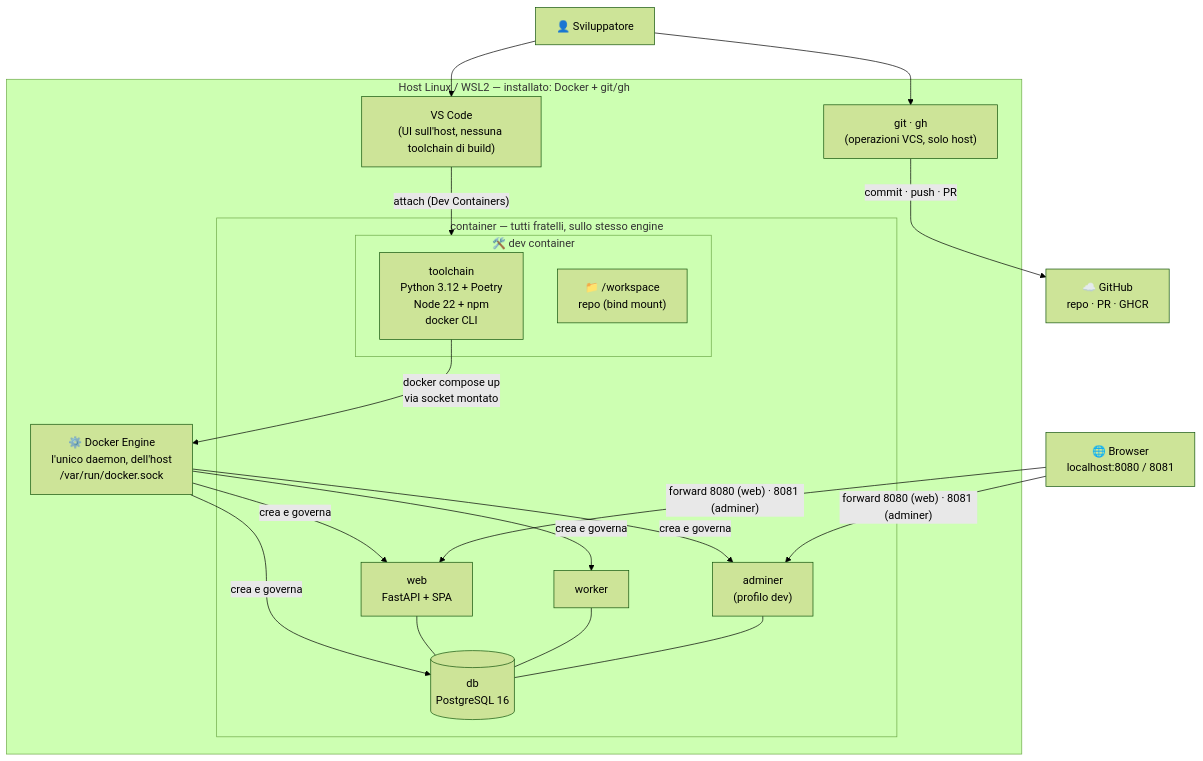
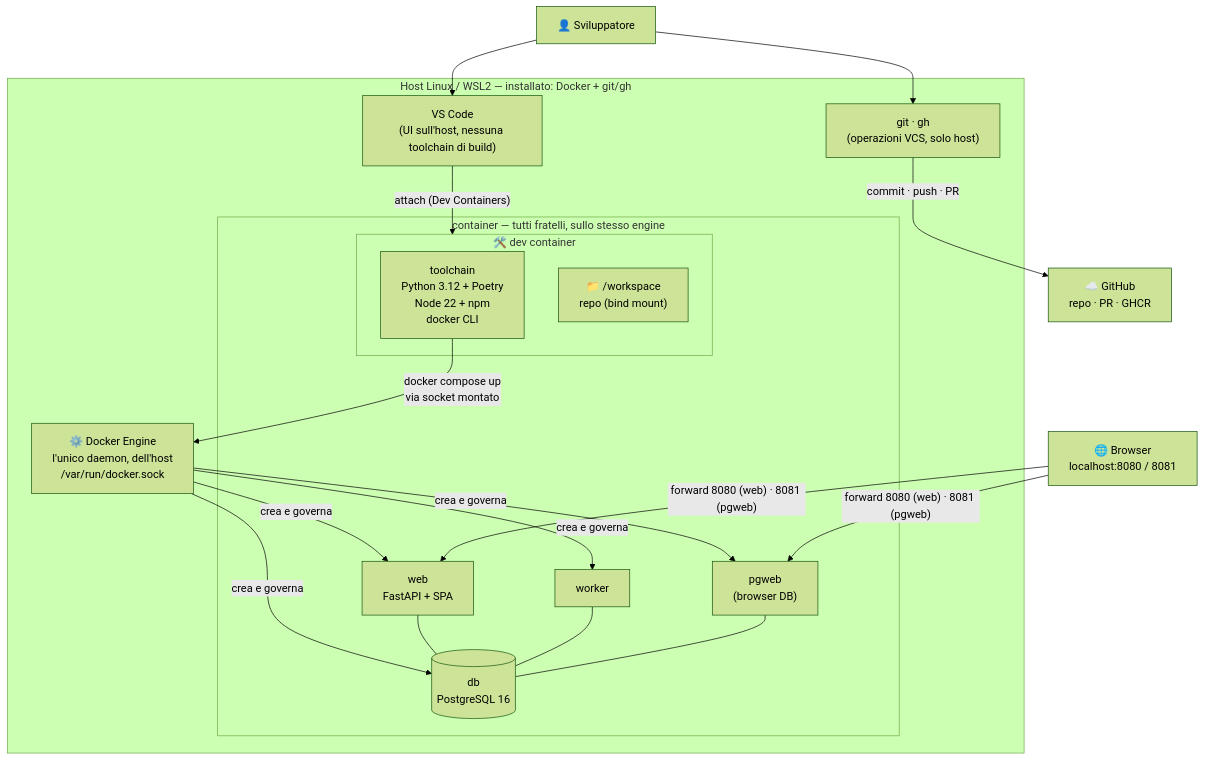
Before and after one commit to caporalesimone/watch-em-all: the second of 2 diagrams in docs-ita/infrastructure/dev-container.md, drawn with Mermaid (forest theme). The commit also changed other lines of this file and 16 other files, not shown here.

First line of the commit message:
4.B0b — Swap Adminer → pgweb (browser DB di sviluppo)

````diff
--- a/docs-ita/infrastructure/dev-container.md
+++ b/docs-ita/infrastructure/dev-container.md
@@ -67,36 +67,36 @@
 ```mermaid
 flowchart TB
     DEV["👤 Sviluppatore"]
     BROWSER["🌐 Browser<br/>localhost:8080 / 8081"]
 
     subgraph HOST["Host Linux / WSL2 — installato: Docker + git/gh"]
         EDITOR["VS Code<br/>(UI sull'host, nessuna toolchain di build)"]
         GIT["git · gh<br/>(operazioni VCS, solo host)"]
 
         ENGINE["⚙️ Docker Engine<br/>l'unico daemon, dell'host<br/>/var/run/docker.sock"]
 
         subgraph CONTAINERS["container — tutti fratelli, sullo stesso engine"]
             subgraph DC["🛠️ dev container"]
                 TOOLS["toolchain<br/>Python 3.12 + Poetry<br/>Node 22 + npm<br/>docker CLI"]
                 SRC["📁 /workspace<br/>repo (bind mount)"]
             end
             DB[("db<br/>PostgreSQL 16")]
             WEB["web<br/>FastAPI + SPA"]
             WK["worker"]
-            ADM["adminer<br/>(profilo dev)"]
+            ADM["pgweb<br/>(browser DB)"]
         end
     end
 
     GITHUB["☁️ GitHub<br/>repo · PR · GHCR"]
 
     DEV --> EDITOR
     DEV --> GIT
     EDITOR -- "attach (Dev Containers)" --> DC
     TOOLS -- "docker compose up<br/>via socket montato" --> ENGINE
     ENGINE -- "crea e governa" --> DB & WEB & WK & ADM
     WEB --- DB
     WK --- DB
     ADM --- DB
     GIT -- "commit · push · PR" --> GITHUB
-    BROWSER -- "forward 8080 (web) · 8081 (adminer)" --> WEB & ADM
+    BROWSER -- "forward 8080 (web) · 8081 (pgweb)" --> WEB & ADM
 ```
````
